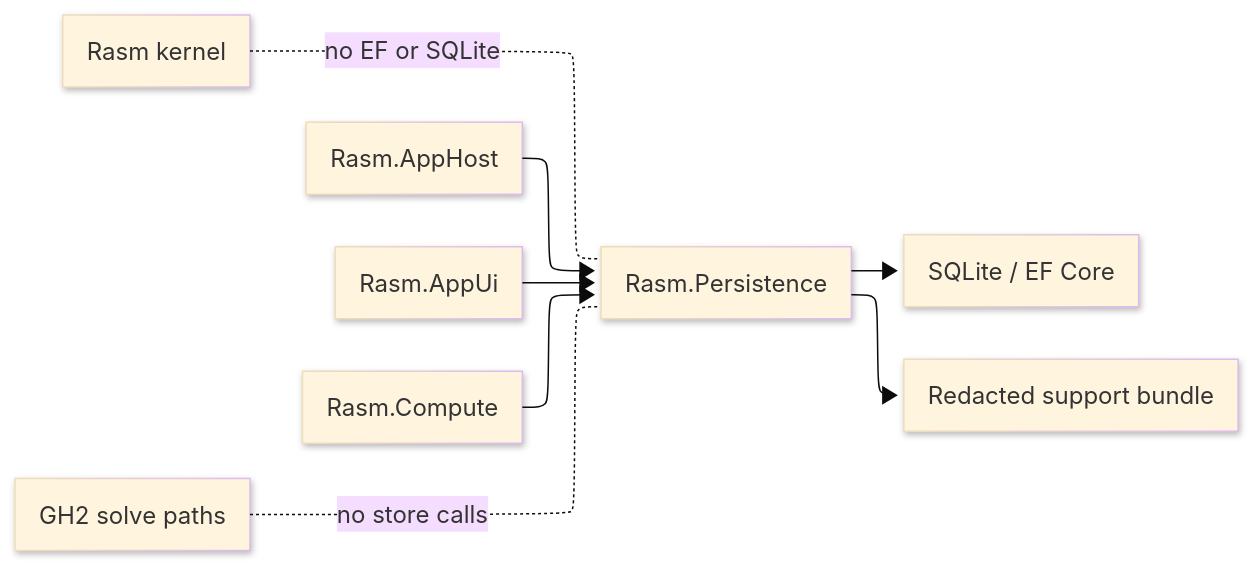
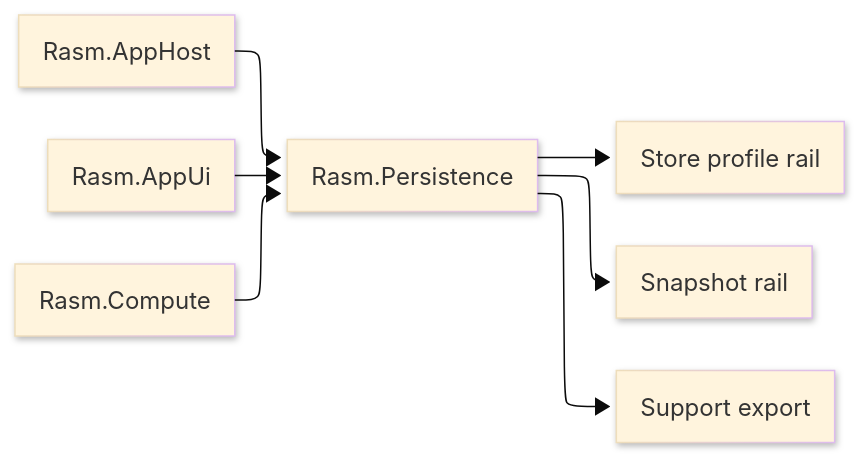
One commit to bsamiee/Rasm changed the diagram in libs/csharp/Rasm.Persistence/ARCHITECTURE.md. Above: the diagram before and after it, drawn with Mermaid. The commit also changed other lines of this file and 65 other files, not shown here.

Commit message:
Align app package docs and package graph

````diff
--- a/libs/csharp/Rasm.Persistence/ARCHITECTURE.md
+++ b/libs/csharp/Rasm.Persistence/ARCHITECTURE.md
@@ -7,18 +7,17 @@
 ```mermaid
 ---
 config:
   layout: elk
   look: neo
   theme: base
 ---
 flowchart LR
-    accTitle: Persistence local durable state
-    accDescr: AppHost supplies profile and scheduling, Persistence owns the SQLite store and redacted support artifacts, AppUi observes state, and Compute uses cache/index contracts.
-    Host["Rasm.AppHost"] --> Persistence["Rasm.Persistence"]
-    Persistence --> SQLite["SQLite / EF Core"]
-    Persistence --> Support["Redacted support bundle"]
-    Ui["Rasm.AppUi"] --> Persistence
+    accTitle: Persistence durable state
+    accDescr: Persistence owns store profiles, provider stores, snapshots, redaction, support artifacts, cache indexes, and drain integration.
+    AppHost["Rasm.AppHost"] --> Persistence["Rasm.Persistence"]
+    Persistence --> Store["Store profile rail"]
+    Persistence --> Snapshot["Snapshot rail"]
+    Persistence --> Support["Support export"]
+    AppUi["Rasm.AppUi"] --> Persistence
     Compute["Rasm.Compute"] --> Persistence
-    Kernel["Rasm kernel"] -. "no EF or SQLite" .- Persistence
-    GH["GH2 solve paths"] -. "no store calls" .- Persistence
 ```
````
